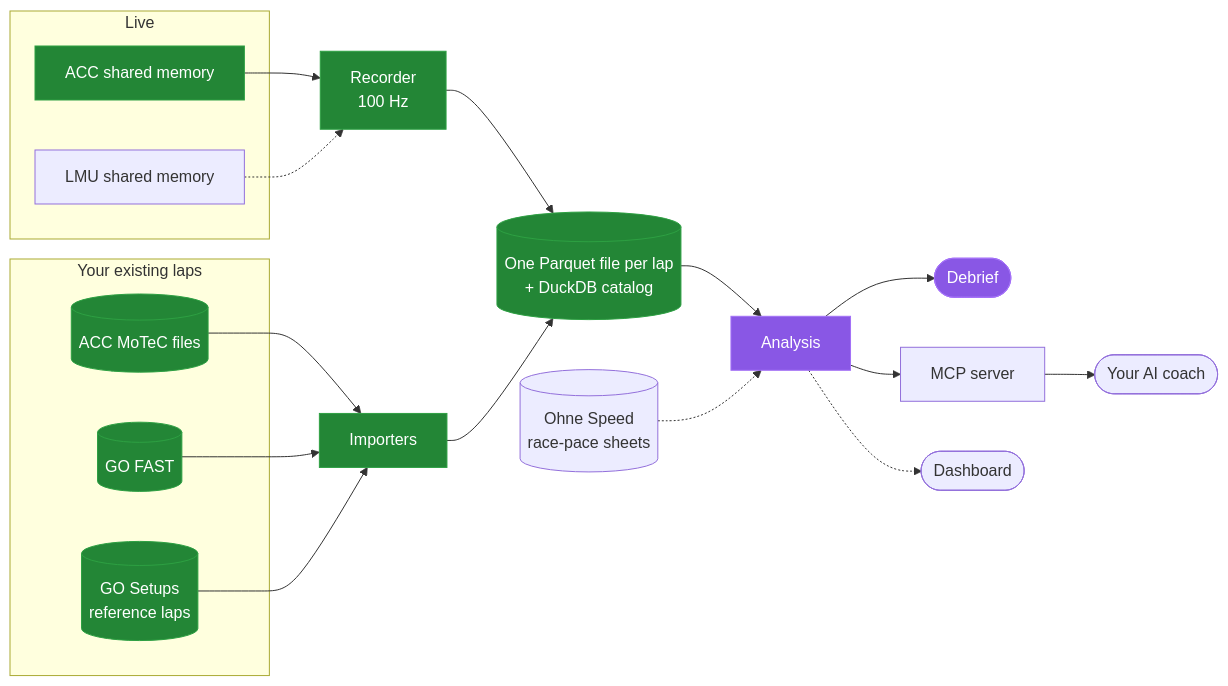
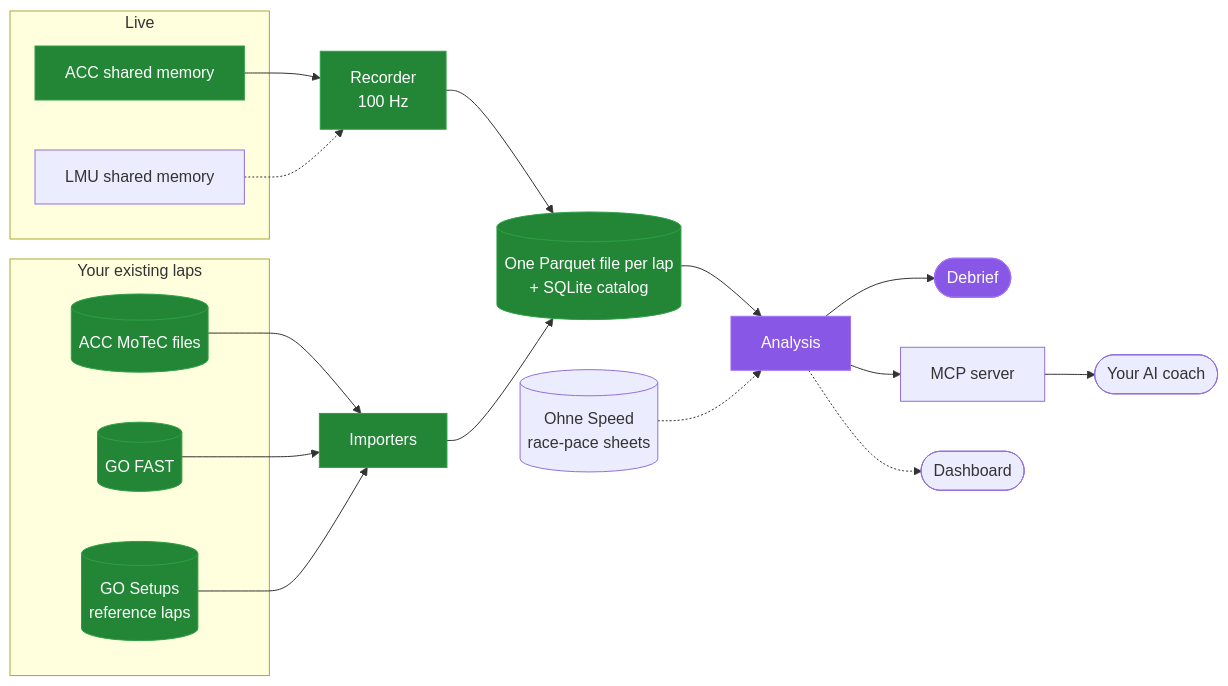
The diagram in README.md (JakeHRobinson/Pitwall-info), drawn with Mermaid before and after one commit. The commit also changed other lines of this file, not shown here.

Commit message:
Update the README from pitwall main (SQLite catalog, consistency available)

````diff
--- a/README.md
+++ b/README.md
@@ -98,29 +98,29 @@
 ```mermaid
 flowchart LR
   subgraph live [Live]
     ACC[ACC shared memory]
     LMU[LMU shared memory]
   end
   subgraph history [Your existing laps]
     MOTEC[(ACC MoTeC files)]
     GOF[(GO FAST)]
     REF[(GO Setups<br/>reference laps)]
   end
   ACC --> COL[Recorder<br/>100 Hz]
   LMU -.-> COL
   MOTEC --> IMP[Importers]
   GOF --> IMP
   REF --> IMP
-  COL --> STORE[(One Parquet file per lap<br/>+ DuckDB catalog)]
+  COL --> STORE[(One Parquet file per lap<br/>+ SQLite catalog)]
   IMP --> STORE
   STORE --> ANA[Analysis]
   PACE[(Ohne Speed<br/>race-pace sheets)] -.-> ANA
   ANA --> DEB([Debrief])
   ANA --> MCP[MCP server] --> AI([Your AI coach])
   ANA -.-> UI([Dashboard])
 
   classDef done fill:#238636,stroke:#2ea043,color:#fff
   classDef building fill:#8957e5,stroke:#a371f7,color:#fff
   class ACC,COL,STORE,MOTEC,GOF,REF,IMP done
   class ANA,DEB building
 ```
````
